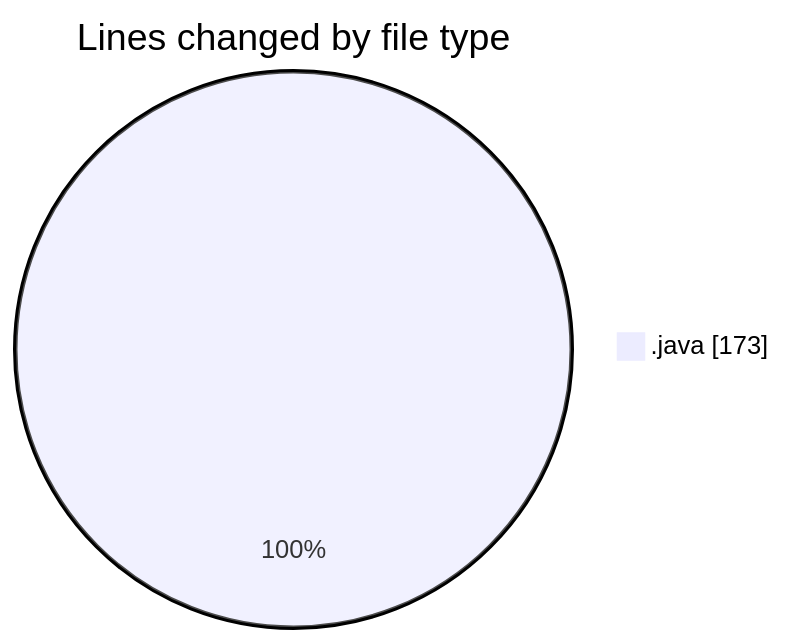
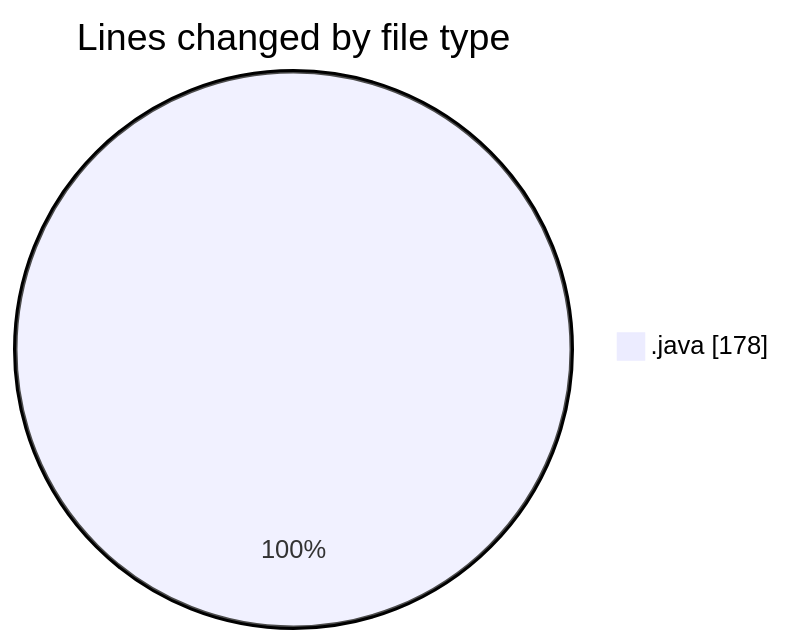
Before and after one commit to ricardozamudiocil/code-tracking: the first of 2 diagrams in 2026-05-04/cilreports__workspace_/README.md, drawn with Mermaid. The commit also changed other lines of this file and 1 other file, not shown here.

````diff
--- a/2026-05-04/cilreports__workspace_/README.md
+++ b/2026-05-04/cilreports__workspace_/README.md
@@ -21,5 +21,5 @@
 ```mermaid
 pie showData
 title Lines changed by file type
-".java" : 173
+".java" : 178
 ```
````
